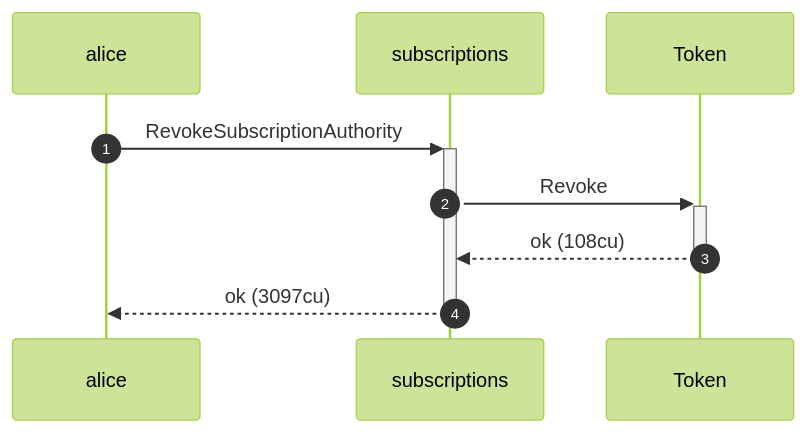
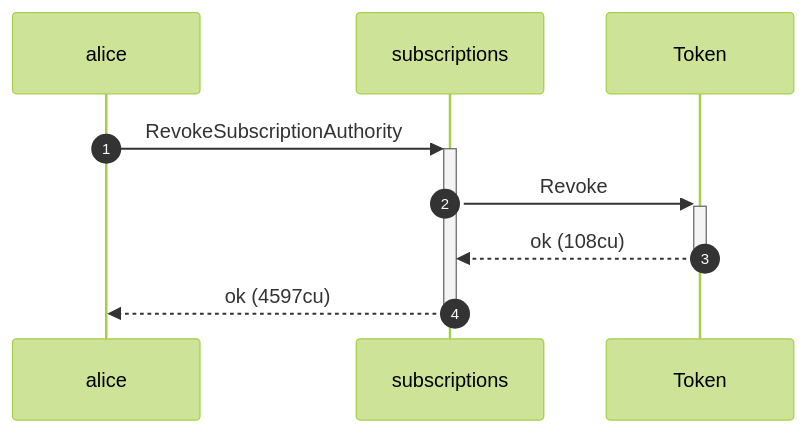
One commit to cds-rs/subscriptions changed the sixth of 8 diagrams in dsl_tests/revoke-clears-the-delegate.md. Above: the diagram before and after it, drawn with Mermaid (forest theme). The commit also changed other lines of this file and 224 other files, not shown here.

````diff
--- a/dsl_tests/revoke-clears-the-delegate.md
+++ b/dsl_tests/revoke-clears-the-delegate.md
@@ -120,11 +126,11 @@
 ```mermaid
 sequenceDiagram
     autonumber
     participant alice
     participant subscriptions
     participant Token
     alice ->>+ subscriptions: RevokeSubscriptionAuthority
     subscriptions ->>+ Token: Revoke
     Token -->>- subscriptions: ok (108cu)
-    subscriptions -->>- alice: ok (3097cu)
+    subscriptions -->>- alice: ok (4597cu)
 ```
````
